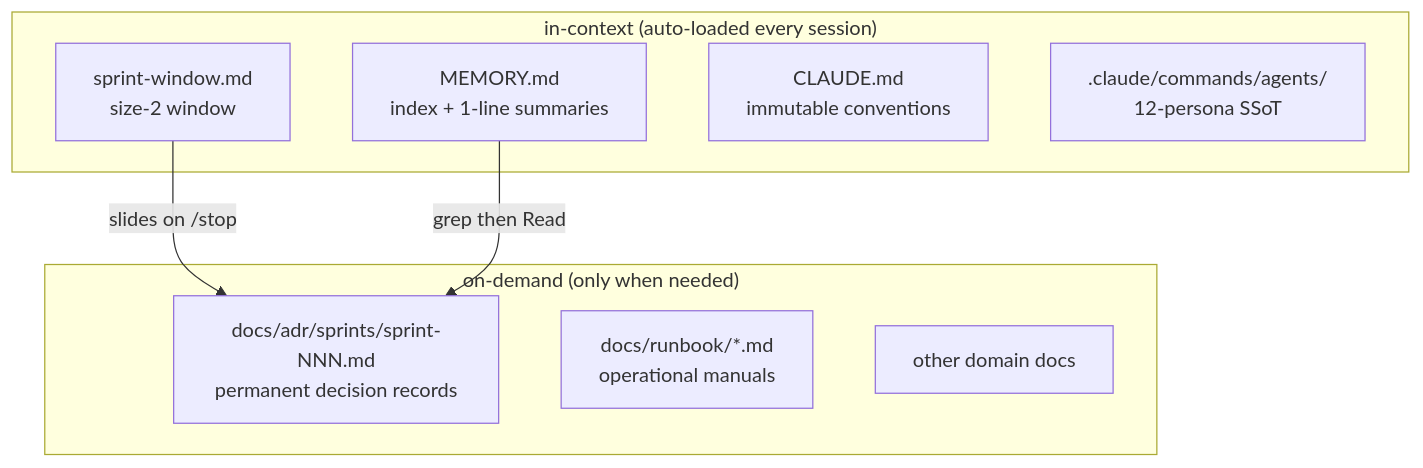
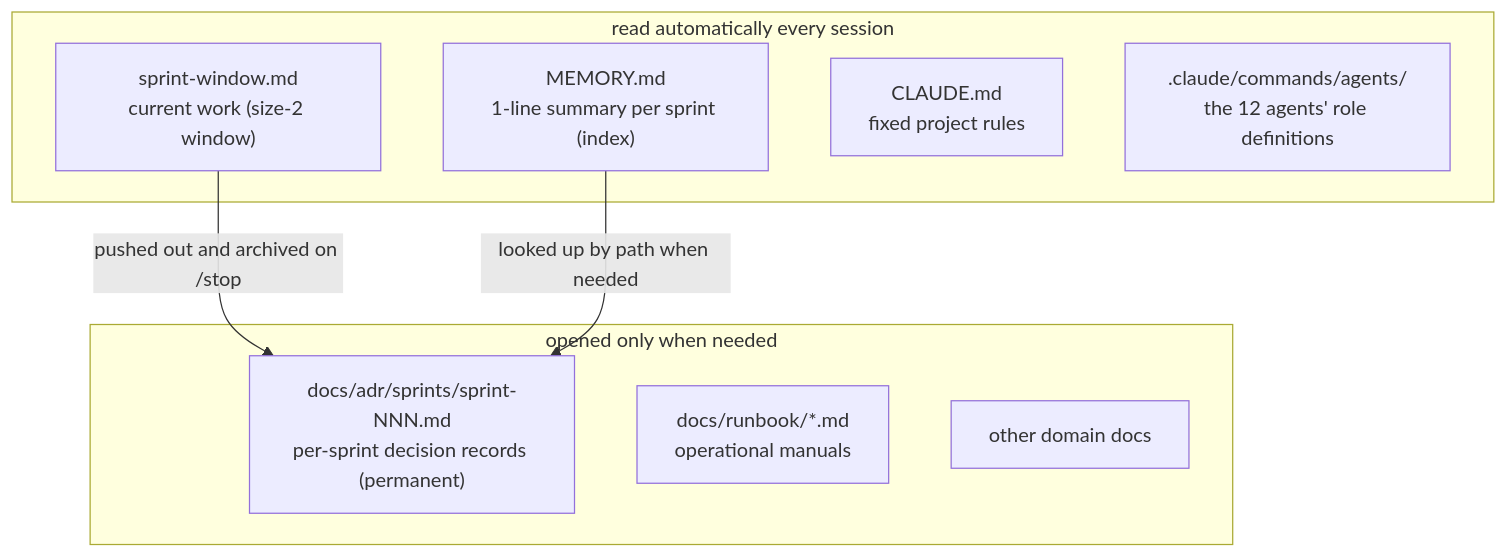
One commit to tpals0409/Leo-s-Build-Log changed the diagram in content/posts/sliding-window-agent-context/diagrams/layers.en.mmd. Above: the diagram before and after it, drawn with Mermaid. The commit also changed 82 other files, not shown here.

```diff
--- a/content/posts/sliding-window-agent-context/diagrams/layers.en.mmd
+++ b/content/posts/sliding-window-agent-context/diagrams/layers.en.mmd
@@ -1,16 +1,16 @@
 flowchart TB
-    subgraph IN["in-context (auto-loaded every session)"]
-        SW["sprint-window.md<br/>size-2 window"]
-        MEM["MEMORY.md<br/>index + 1-line summaries"]
-        CL["CLAUDE.md<br/>immutable conventions"]
-        AG[".claude/commands/agents/<br/>12-persona SSoT"]
+    subgraph IN["read automatically every session"]
+        SW["sprint-window.md<br/>current work (size-2 window)"]
+        MEM["MEMORY.md<br/>1-line summary per sprint (index)"]
+        CL["CLAUDE.md<br/>fixed project rules"]
+        AG[".claude/commands/agents/<br/>the 12 agents' role definitions"]
     end
 
-    subgraph OUT["on-demand (only when needed)"]
-        ADR["docs/adr/sprints/sprint-NNN.md<br/>permanent decision records"]
+    subgraph OUT["opened only when needed"]
+        ADR["docs/adr/sprints/sprint-NNN.md<br/>per-sprint decision records (permanent)"]
         RB["docs/runbook/*.md<br/>operational manuals"]
         OTHER["other domain docs"]
     end
 
-    SW -->|slides on /stop| ADR
-    MEM -->|grep then Read| ADR
+    SW -->|pushed out and archived on /stop| ADR
+    MEM -->|"looked up by path when needed"| ADR
```
